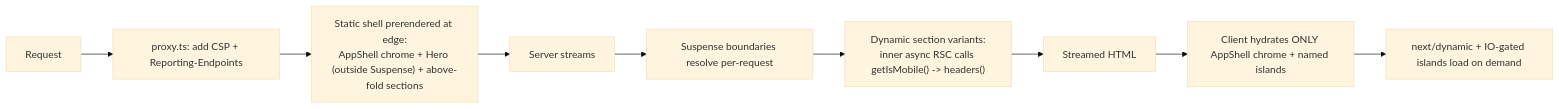
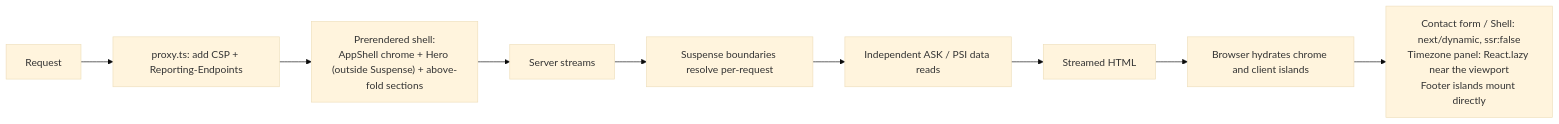
Before and after one commit to erikunha/portfolio: the third of 6 diagrams in docs/03-rendering-and-data-flow.md, drawn with Mermaid (base theme). The commit also changed other lines of this file and 1307 other files, not shown here.

````diff
--- a/docs/03-rendering-and-data-flow.md
+++ b/docs/03-rendering-and-data-flow.md
@@ -57,11 +85,11 @@
 ```mermaid
 flowchart LR
     req["Request"] --> px["proxy.ts: add CSP + Reporting-Endpoints"]
-    px --> shell["Static shell prerendered at edge:<br/>AppShell chrome + Hero (outside Suspense) + above-fold sections"]
+    px --> shell["Prerendered shell:<br/>AppShell chrome + Hero (outside Suspense) + above-fold sections"]
     shell --> stream["Server streams"]
     stream --> susp["Suspense boundaries resolve per-request"]
-    susp --> dyn["Dynamic section variants:<br/>inner async RSC calls getIsMobile() -> headers()"]
+    susp --> dyn["Independent ASK / PSI data reads"]
     dyn --> html2["Streamed HTML"]
-    html2 --> hydrate["Client hydrates ONLY AppShell chrome + named islands"]
-    hydrate --> lazy["next/dynamic + IO-gated islands load on demand"]
+    html2 --> hydrate["Browser hydrates chrome and client islands"]
+    hydrate --> lazy["Contact form / Shell: next/dynamic, ssr:false<br/>Timezone panel: React.lazy near the viewport<br/>Footer islands mount directly"]
 ```
````
